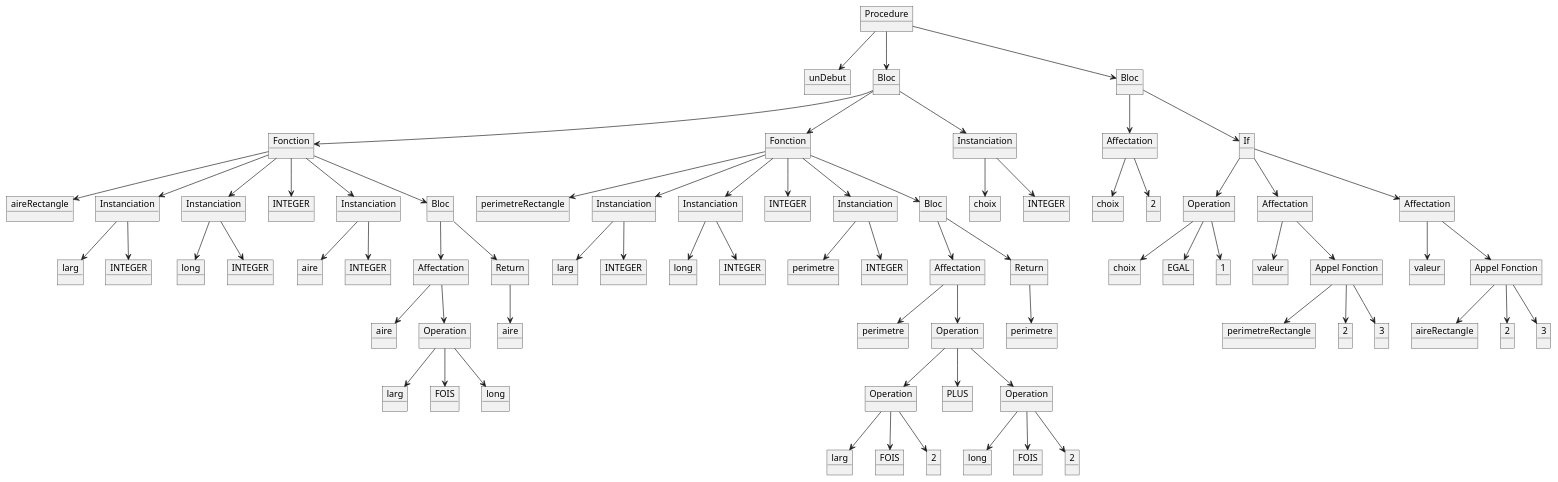
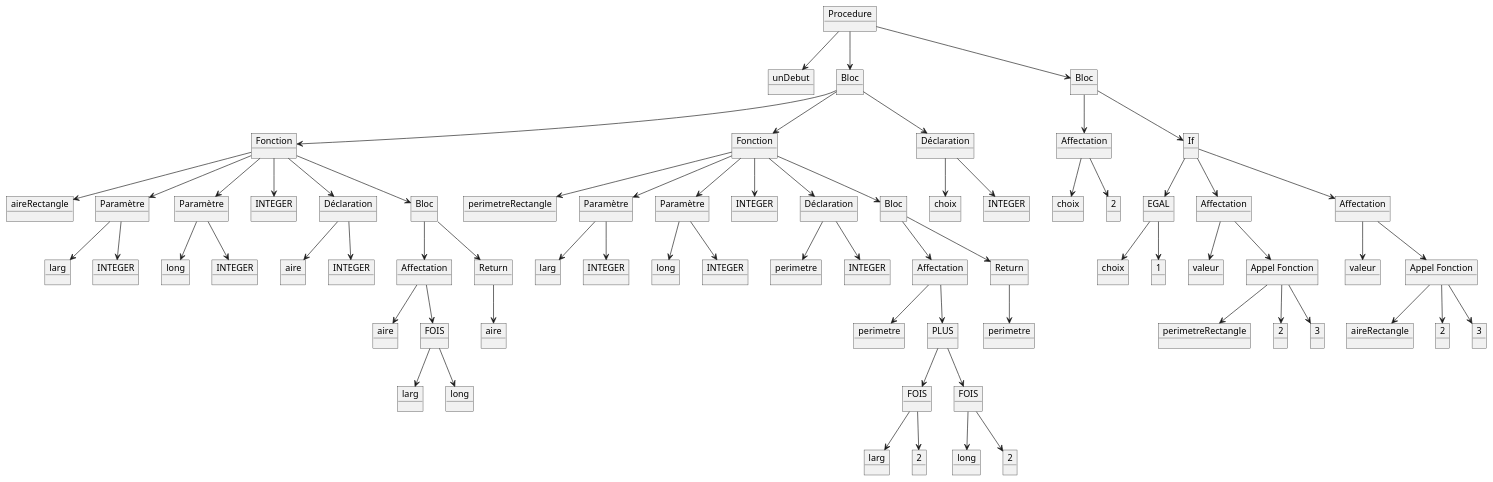
The diagram in Programmes/unDebut.pu (LeBoufty/pcl), drawn with PlantUML before and after one commit. The commit also changed 18 other files, not shown here.

```diff
--- a/Programmes/unDebut.pu
+++ b/Programmes/unDebut.pu
@@ -1,151 +1,141 @@
 @startuml ArbreSyntaxique
 object "Procedure" as Procedure
 object "unDebut" as unDebut
 object "Bloc" as Bloc
 object "Bloc" as Bloc3
 object "Fonction" as Fonction
 object "Fonction" as Fonction1
-object "Instanciation" as Instanciation6
+object "Déclaration" as Declaration2
 object "Affectation" as Affectation2
 object "If" as InstructionIf
 object "aireRectangle" as aireRectangle
-object "Instanciation" as Instanciation
-object "Instanciation" as Instanciation1
+object "Paramètre" as Parametre
+object "Paramètre" as Parametre1
 object "INTEGER" as INTEGER__
-object "Instanciation" as Instanciation2
+object "Déclaration" as Declaration
 object "Bloc" as Bloc1
 object "perimetreRectangle" as perimetreRectangle
-object "Instanciation" as Instanciation3
-object "Instanciation" as Instanciation4
+object "Paramètre" as Parametre2
+object "Paramètre" as Parametre3
 object "INTEGER" as INTEGER______
-object "Instanciation" as Instanciation5
+object "Déclaration" as Declaration1
 object "Bloc" as Bloc2
 object "choix" as choix
 object "INTEGER" as INTEGER________
 object "choix" as choix_
 object "2" as 2__
-object "Operation" as Operation4
+object "EGAL" as Operation4
 object "Affectation" as Affectation3
 object "Affectation" as Affectation4
 object "larg" as larg
 object "INTEGER" as INTEGER
 object "long" as long
 object "INTEGER" as INTEGER_
 object "aire" as aire
 object "INTEGER" as INTEGER___
 object "Affectation" as Affectation
 object "Return" as Return
 object "larg" as larg__
 object "INTEGER" as INTEGER____
 object "long" as long__
 object "INTEGER" as INTEGER_____
 object "perimetre" as perimetre
 object "INTEGER" as INTEGER_______
 object "Affectation" as Affectation1
 object "Return" as Return1
 object "choix" as choix__
-object "EGAL" as EGAL
 object "1" as 1
 object "valeur" as valeur
 object "Appel Fonction" as AppelFonction
 object "valeur" as valeur_
 object "Appel Fonction" as AppelFonction1
 object "aire" as aire_
-object "Operation" as Operation
+object "FOIS" as Operation
 object "aire" as aire__
 object "perimetre" as perimetre_
-object "Operation" as Operation1
+object "PLUS" as Operation1
 object "perimetre" as perimetre__
 object "perimetreRectangle" as perimetreRectangle_
 object "2" as 2___
 object "3" as 3
 object "aireRectangle" as aireRectangle_
 object "2" as 2____
 object "3" as 3_
 object "larg" as larg_
-object "FOIS" as FOIS
 object "long" as long_
-object "Operation" as Operation2
-object "PLUS" as PLUS
-object "Operation" as Operation3
+object "FOIS" as Operation2
+object "FOIS" as Operation3
 object "larg" as larg___
-object "FOIS" as FOIS_
 object "2" as 2
 object "long" as long___
-object "FOIS" as FOIS__
 object "2" as 2_
 Procedure -down-> unDebut
 Procedure -down-> Bloc
 Procedure -down-> Bloc3
 Bloc -down-> Fonction
 Bloc -down-> Fonction1
-Bloc -down-> Instanciation6
+Bloc -down-> Declaration2
 Bloc3 -down-> Affectation2
 Bloc3 -down-> InstructionIf
 Fonction -down-> aireRectangle
-Fonction -down-> Instanciation
-Fonction -down-> Instanciation1
+Fonction -down-> Parametre
+Fonction -down-> Parametre1
 Fonction -down-> INTEGER__
-Fonction -down-> Instanciation2
+Fonction -down-> Declaration
 Fonction -down-> Bloc1
 Fonction1 -down-> perimetreRectangle
-Fonction1 -down-> Instanciation3
-Fonction1 -down-> Instanciation4
+Fonction1 -down-> Parametre2
+Fonction1 -down-> Parametre3
 Fonction1 -down-> INTEGER______
-Fonction1 -down-> Instanciation5
+Fonction1 -down-> Declaration1
 Fonction1 -down-> Bloc2
-Instanciation6 -down-> choix
-Instanciation6 -down-> INTEGER________
+Declaration2 -down-> choix
+Declaration2 -down-> INTEGER________
 Affectation2 -down-> choix_
 Affectation2 -down-> 2__
 InstructionIf -down-> Operation4
 InstructionIf -down-> Affectation3
 InstructionIf -down-> Affectation4
-Instanciation -down-> larg
-Instanciation -down-> INTEGER
-Instanciation1 -down-> long
-Instanciation1 -down-> INTEGER_
-Instanciation2 -down-> aire
-Instanciation2 -down-> INTEGER___
+Parametre -down-> larg
+Parametre -down-> INTEGER
+Parametre1 -down-> long
+Parametre1 -down-> INTEGER_
+Declaration -down-> aire
+Declaration -down-> INTEGER___
 Bloc1 -down-> Affectation
 Bloc1 -down-> Return
-Instanciation3 -down-> larg__
-Instanciation3 -down-> INTEGER____
-Instanciation4 -down-> long__
-Instanciation4 -down-> INTEGER_____
-Instanciation5 -down-> perimetre
-Instanciation5 -down-> INTEGER_______
+Parametre2 -down-> larg__
+Parametre2 -down-> INTEGER____
+Parametre3 -down-> long__
+Parametre3 -down-> INTEGER_____
+Declaration1 -down-> perimetre
+Declaration1 -down-> INTEGER_______
 Bloc2 -down-> Affectation1
 Bloc2 -down-> Return1
 Operation4 -down-> choix__
-Operation4 -down-> EGAL
 Operation4 -down-> 1
 Affectation3 -down-> valeur
 Affectation3 -down-> AppelFonction
 Affectation4 -down-> valeur_
 Affectation4 -down-> AppelFonction1
 Affectation -down-> aire_
 Affectation -down-> Operation
 Return -down-> aire__
 Affectation1 -down-> perimetre_
 Affectation1 -down-> Operation1
 Return1 -down-> perimetre__
 AppelFonction -down-> perimetreRectangle_
 AppelFonction -down-> 2___
 AppelFonction -down-> 3
 AppelFonction1 -down-> aireRectangle_
 AppelFonction1 -down-> 2____
 AppelFonction1 -down-> 3_
 Operation -down-> larg_
-Operation -down-> FOIS
 Operation -down-> long_
 Operation1 -down-> Operation2
-Operation1 -down-> PLUS
 Operation1 -down-> Operation3
 Operation2 -down-> larg___
-Operation2 -down-> FOIS_
 Operation2 -down-> 2
 Operation3 -down-> long___
-Operation3 -down-> FOIS__
 Operation3 -down-> 2_
 @enduml
```
